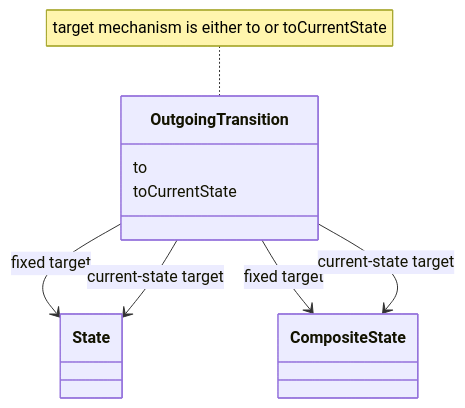
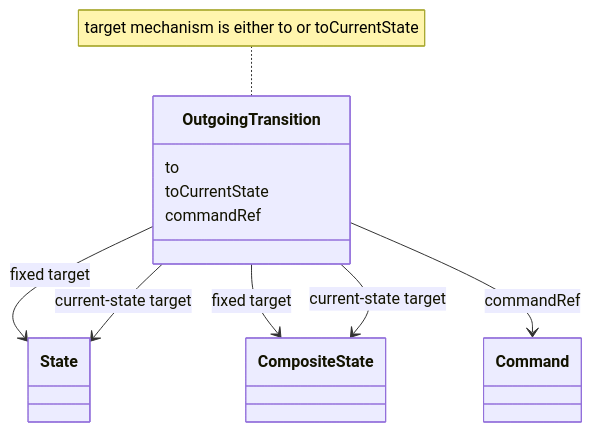
Before and after one commit to openuji/spec-ujg: diagram 11 of 13 in specs/ed/graph/index.md, drawn with Mermaid. The commit also changed other lines of this file and 48 other files, not shown here.

````diff
--- a/specs/ed/graph/index.md
+++ b/specs/ed/graph/index.md
@@ -649,15 +721,18 @@
 ```mermaid
 classDiagram
   class OutgoingTransition {
     to
     toCurrentState
+    commandRef
   }
   class State
   class CompositeState
+  class Command
 
   OutgoingTransition --> State : fixed target
   OutgoingTransition --> CompositeState : fixed target
   OutgoingTransition --> State : current-state target
   OutgoingTransition --> CompositeState : current-state target
+  OutgoingTransition --> Command : commandRef
   note for OutgoingTransition "target mechanism is either to or toCurrentState"
 ```
````
